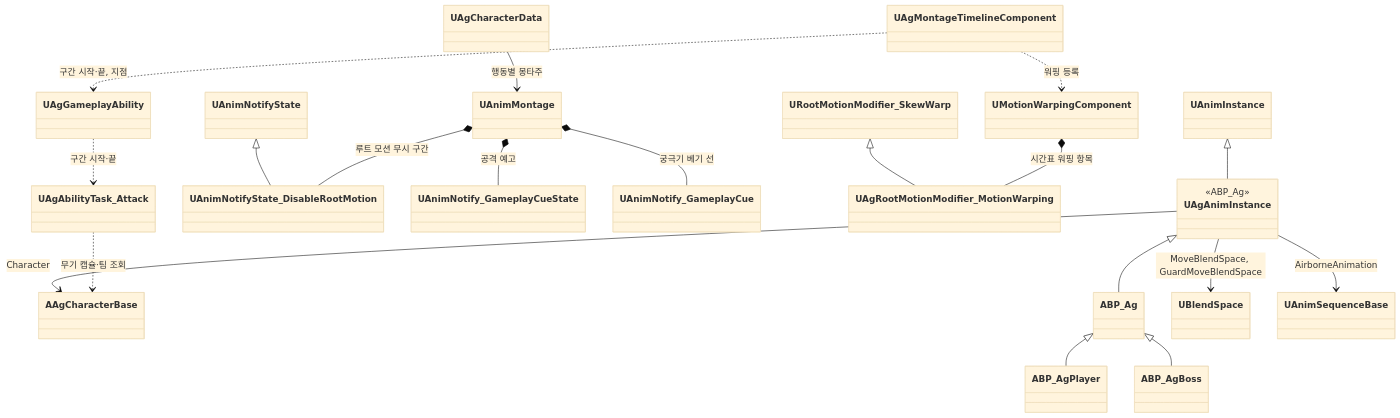
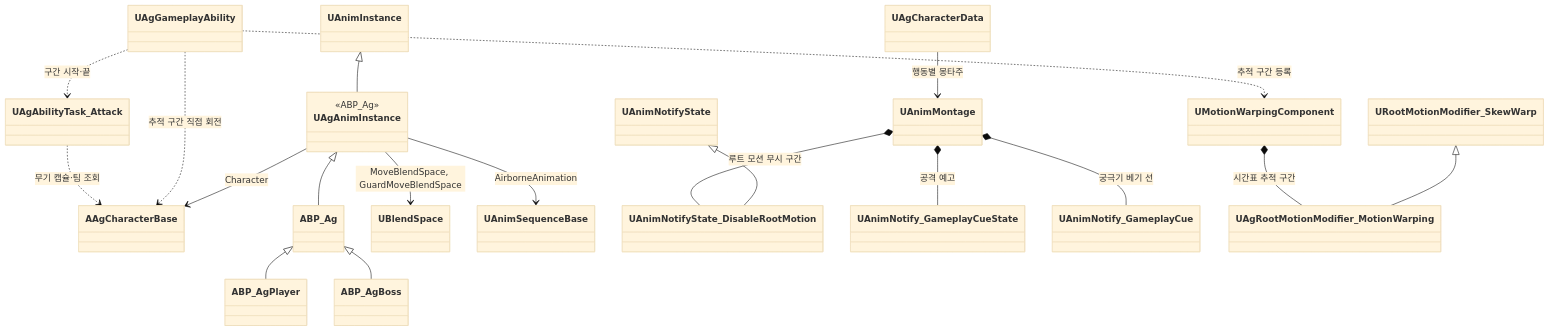
One commit to Woogl/Ag changed the diagram in Docs/Program/애니메이션과 이동.md. Above: the diagram before and after it, drawn with Mermaid (base theme). The commit also changed other lines of this file and 15 other files, not shown here.

````diff
--- a/Docs/Program/애니메이션과 이동.md
+++ b/Docs/Program/애니메이션과 이동.md
@@ -45,26 +45,26 @@
 ```mermaid
 classDiagram
     direction TB
     class UAgAnimInstance {
         <<ABP_Ag>>
     }
     UAnimInstance <|-- UAgAnimInstance
     UAgAnimInstance --> AAgCharacterBase : Character
     UAgAnimInstance <|-- ABP_Ag
     ABP_Ag <|-- ABP_AgPlayer
     ABP_Ag <|-- ABP_AgBoss
     UAgAnimInstance --> UBlendSpace : MoveBlendSpace, GuardMoveBlendSpace
     UAgAnimInstance --> UAnimSequenceBase : AirborneAnimation
 
     UAnimNotifyState <|-- UAnimNotifyState_DisableRootMotion
     UAnimMontage *-- UAnimNotifyState_DisableRootMotion : 루트 모션 무시 구간
     UAnimMontage *-- UAnimNotify_GameplayCueState : 공격 예고
     UAnimMontage *-- UAnimNotify_GameplayCue : 궁극기 베기 선
     UAgCharacterData --> UAnimMontage : 행동별 몽타주
     URootMotionModifier_SkewWarp <|-- UAgRootMotionModifier_MotionWarping
-    UMotionWarpingComponent *-- UAgRootMotionModifier_MotionWarping : 시간표 워핑 항목
-    UAgMontageTimelineComponent ..> UMotionWarpingComponent : 워핑 등록
-    UAgMontageTimelineComponent ..> UAgGameplayAbility : 구간 시작·끝, 지점
+    UMotionWarpingComponent *-- UAgRootMotionModifier_MotionWarping : 시간표 추적 구간
+    UAgGameplayAbility ..> UMotionWarpingComponent : 추적 구간 등록
+    UAgGameplayAbility ..> AAgCharacterBase : 추적 구간 직접 회전
     UAgGameplayAbility ..> UAgAbilityTask_Attack : 구간 시작·끝
     UAgAbilityTask_Attack ..> AAgCharacterBase : 무기 캡슐·팀 조회
 ```
````
